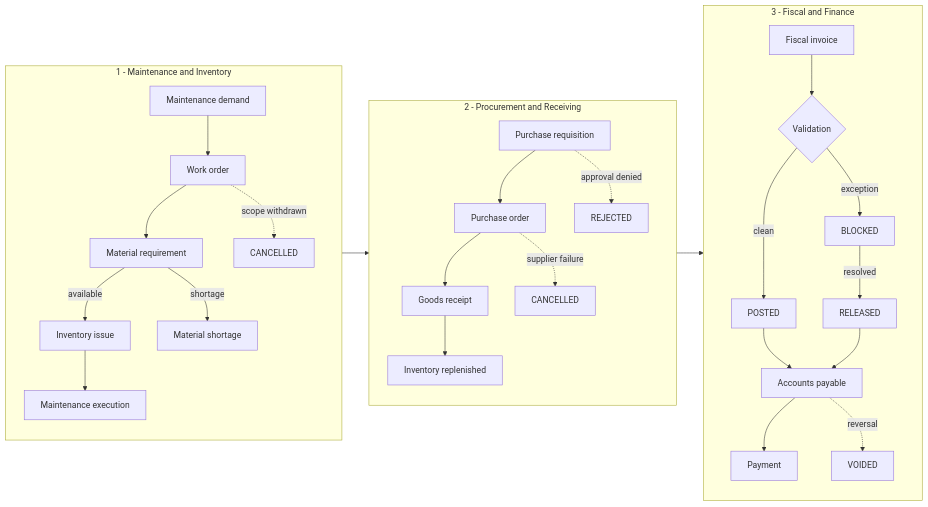
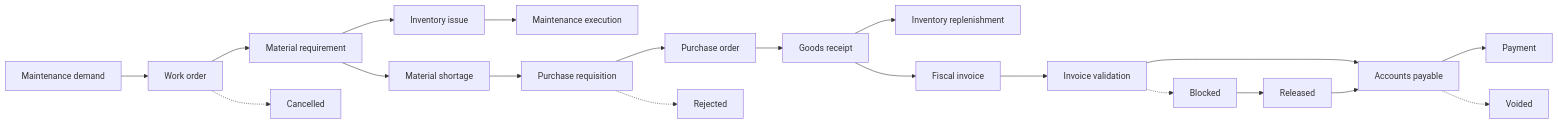
The first of 21 diagrams in README.md (brunolnetto/mro-job-as-code), drawn with Mermaid before and after one commit. The commit also changed other lines of this file, not shown here.

Commit message:
docs: simplify Mermaid diagrams and collapse README sections

````diff
--- a/README.md
+++ b/README.md
@@ -43,42 +43,22 @@
 ```mermaid
-flowchart LR
-
-    subgraph MRO["1 - Maintenance and Inventory"]
-        direction TB
-        MD["Maintenance demand"] --> WO["Work order"]
-        WO --> MR["Material requirement"]
-
-        MR -->|available| ISSUE["Inventory issue"]
-        ISSUE --> EXEC["Maintenance execution"]
-
-        MR -->|shortage| SHORTAGE["Material shortage"]
-        WO -. scope withdrawn .-> WO_CANCEL["CANCELLED"]
-    end
-
-    subgraph PROC["2 - Procurement and Receiving"]
-        direction TB
-        PR["Purchase requisition"] --> PO["Purchase order"]
-        PO --> GR["Goods receipt"]
-        GR --> RESTOCK["Inventory replenished"]
-
-        PR -. approval denied .-> PR_REJECT["REJECTED"]
-        PO -. supplier failure .-> PO_CANCEL["CANCELLED"]
-    end
-
-    subgraph FIN["3 - Fiscal and Finance"]
-        direction TB
-        FI["Fiscal invoice"] --> VAL{"Validation"}
-
-        VAL -->|clean| POSTED["POSTED"]
-        VAL -->|exception| BLOCKED["BLOCKED"]
-        BLOCKED -->|resolved| RELEASED["RELEASED"]
-
-        POSTED --> AP["Accounts payable"]
-        RELEASED --> AP
-        AP --> PAY["Payment"]
-        AP -. reversal .-> VOIDED["VOIDED"]
-    end
-
-    SHORTAGE --> PR
-    GR --> FI
+graph LR
+    MD[Maintenance demand] --> WO[Work order]
+    WO --> MR[Material requirement]
+    MR --> ISSUE[Inventory issue]
+    MR --> SHORT[Material shortage]
+    ISSUE --> EXEC[Maintenance execution]
+    SHORT --> PR[Purchase requisition]
+    PR --> PO[Purchase order]
+    PO --> GR[Goods receipt]
+    GR --> STOCK[Inventory replenishment]
+    GR --> FI[Fiscal invoice]
+    FI --> VALID[Invoice validation]
+    VALID --> AP[Accounts payable]
+    AP --> PAY[Payment]
+    WO -.-> WOC[Cancelled]
+    PR -.-> PRR[Rejected]
+    VALID -.-> BLOCK[Blocked]
+    BLOCK --> REL[Released]
+    REL --> AP
+    AP -.-> VOID[Voided]
 ```
````
